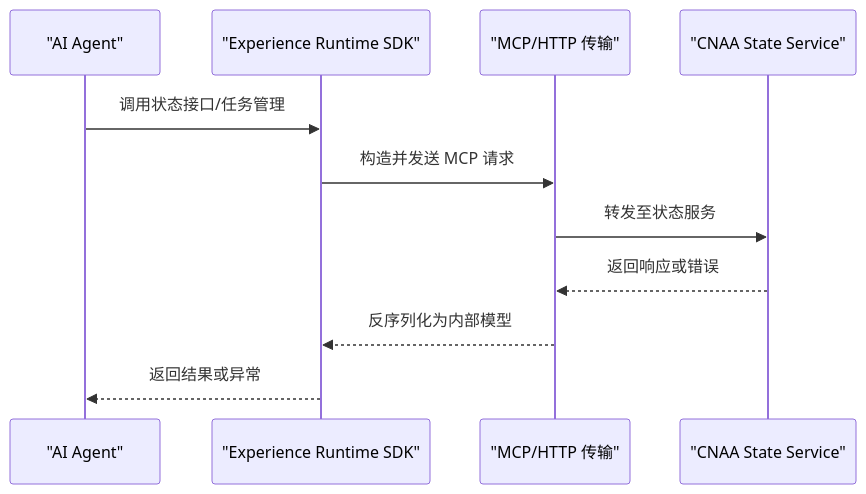
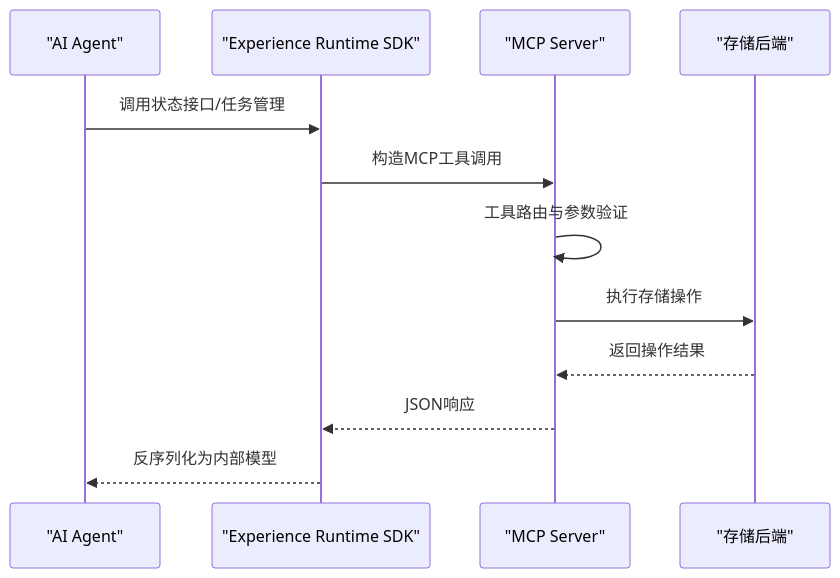
The second of 3 diagrams in .qoder/repowiki/zh/content/架构设计/通信协议设计/MCP协议规范.md (lgx236/CNAA-Cloud-Native-Agent-Architecture-), drawn with Mermaid before and after one commit. The commit also changed other lines of this file and 99 other files, not shown here.

````diff
--- a/.qoder/repowiki/zh/content/架构设计/通信协议设计/MCP协议规范.md
+++ b/.qoder/repowiki/zh/content/架构设计/通信协议设计/MCP协议规范.md
@@ -72,13 +90,14 @@
 ```mermaid
 sequenceDiagram
 participant Agent as "AI Agent"
 participant Runtime as "Experience Runtime SDK"
-participant Transport as "MCP/HTTP 传输"
-participant StateSvc as "CNAA State Service"
+participant MCP as "MCP Server"
+participant Store as "存储后端"
 Agent->>Runtime : 调用状态接口/任务管理
-Runtime->>Transport : 构造并发送 MCP 请求
-Transport->>StateSvc : 转发至状态服务
-StateSvc-->>Transport : 返回响应或错误
-Transport-->>Runtime : 反序列化为内部模型
-Runtime-->>Agent : 返回结果或异常
+Runtime->>MCP : 构造MCP工具调用
+MCP->>MCP : 工具路由与参数验证
+MCP->>Store : 执行存储操作
+Store-->>MCP : 返回操作结果
+MCP-->>Runtime : JSON响应
+Runtime-->>Agent : 反序列化为内部模型
 ```
````
